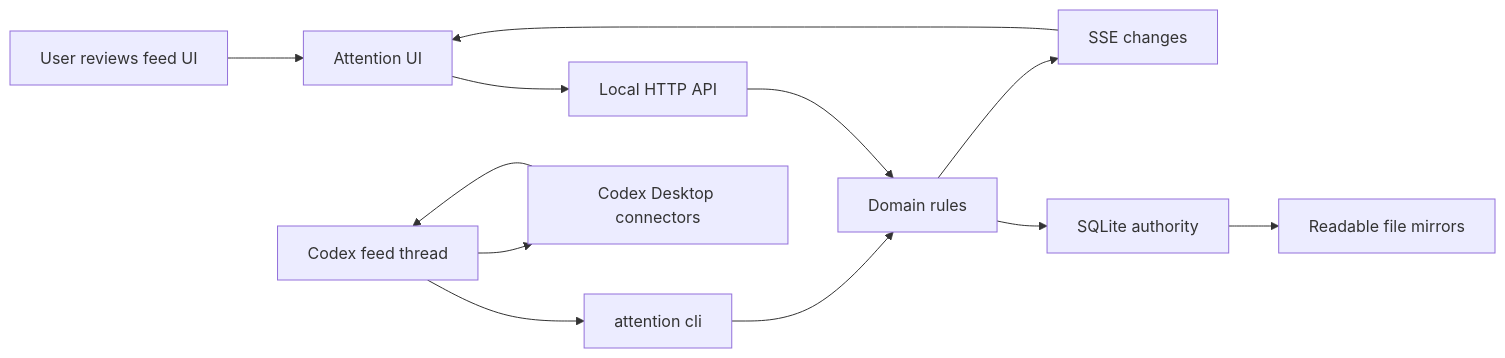
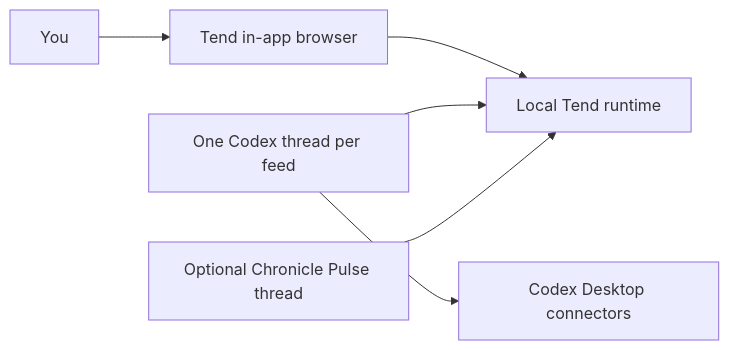
Before and after one commit to rootflare-code/tend: the second of 2 diagrams in README.md, drawn with Mermaid. The commit also changed other lines of this file and 91 other files, not shown here.

````diff
--- a/README.md
+++ b/README.md
@@ -13,15 +182,8 @@
 ```mermaid
 flowchart LR
-  User["User reviews feed UI"] --> UI["Attention UI"]
-  UI --> API["Local HTTP API"]
-  API --> Domain["Domain rules"]
-  Domain --> DB["SQLite authority"]
-  DB --> Mirrors["Readable file mirrors"]
-  Domain --> Events["SSE changes"]
-  Events --> UI
-
-  Thread["Codex feed thread"] --> CLI["attention cli"]
-  CLI --> Domain
-  Thread --> Connectors["Codex Desktop connectors"]
-  Connectors --> Thread
+  User["You"] --> UI["Tend in-app browser"]
+  UI --> Local["Local Tend runtime"]
+  FeedThread["One Codex thread per feed"] --> Local
+  FeedThread --> Connectors["Codex Desktop connectors"]
+  Pulse["Optional Chronicle Pulse thread"] --> Local
 ```
````
